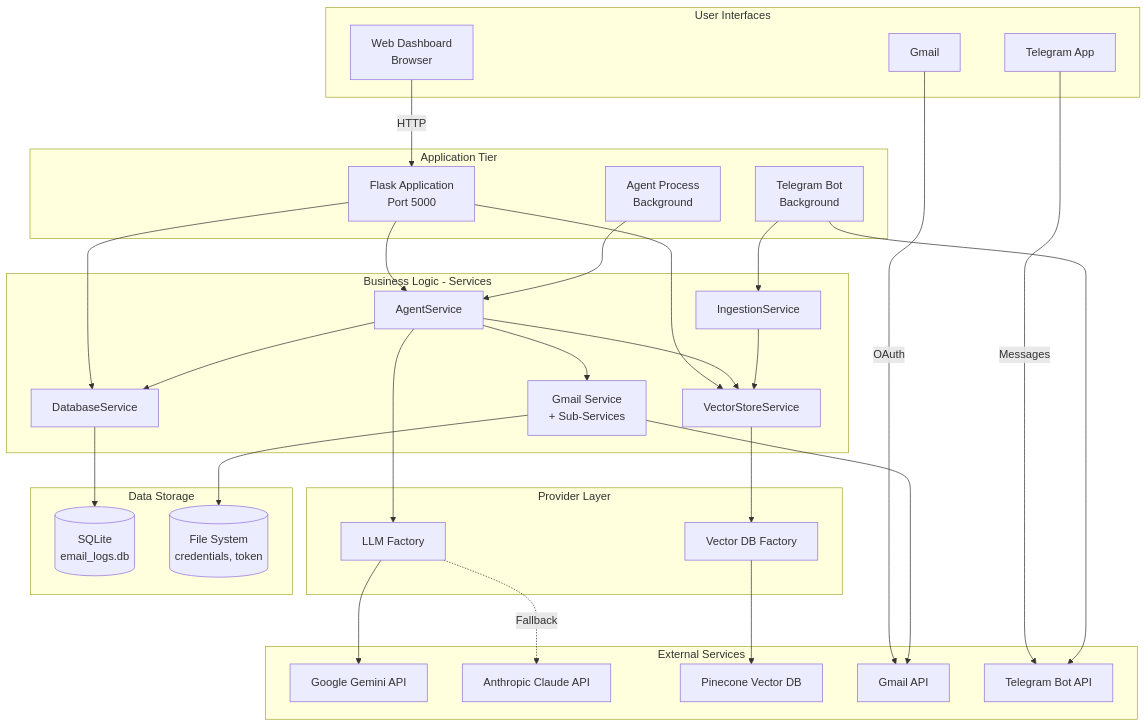
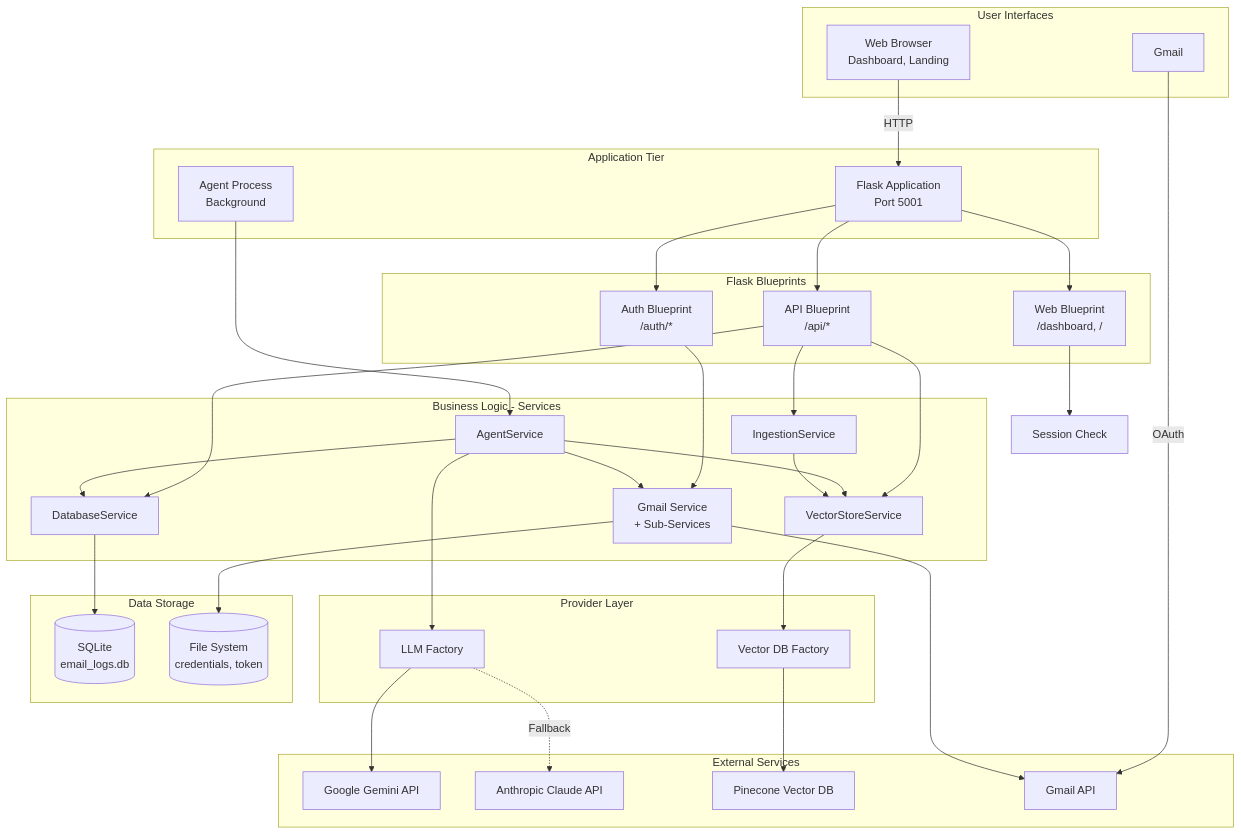
The first of 7 diagrams in docs/architecture/HIGH_LEVEL_DESIGN.md (NayaneshGupte/RAG-Demo), drawn with Mermaid before and after one commit. The commit also changed other lines of this file and 9 other files, not shown here.

````diff
--- a/docs/architecture/HIGH_LEVEL_DESIGN.md
+++ b/docs/architecture/HIGH_LEVEL_DESIGN.md
@@ -9,70 +9,76 @@
 ```mermaid
 graph TB
     subgraph "User Interfaces"
-        Dashboard[Web Dashboard<br/>Browser]
-        TelegramUser[Telegram App]
+        Browser[Web Browser<br/>Dashboard, Landing]
         Gmail[Gmail]
     end
     
     subgraph "Application Tier"
-        FlaskApp[Flask Application<br/>Port 5000]
+        FlaskApp[Flask Application<br/>Port 5001]
         AgentCLI[Agent Process<br/>Background]
-        TelegramBot[Telegram Bot<br/>Background]
+    end
+    
+    subgraph "Flask Blueprints"
+        WebBP[Web Blueprint<br/>/dashboard, /]
+        APIBP[API Blueprint<br/>/api/*]
+        AuthBP[Auth Blueprint<br/>/auth/*]
     end
     
    subgraph "Business Logic - Services"
         AgentSvc[AgentService]
         GmailSvc[Gmail Service<br/>+ Sub-Services]
         VectorSvc[VectorStoreService]
         IngestionSvc[IngestionService]
         DBSvc[DatabaseService]
     end
     
     subgraph "Provider Layer"
         LLMFact[LLM Factory]
         VecFact[Vector DB Factory]
     end
     
     subgraph "External Services"
         GeminiAPI[Google Gemini API]
         ClaudeAPI[Anthropic Claude API]
         PineconeAPI[Pinecone Vector DB]
         GmailAPI[Gmail API]
-        TelegramAPI[Telegram Bot API]
     end
     
     subgraph "Data Storage"
         SQLite[(SQLite<br/>email_logs.db)]
         Files[(File System<br/>credentials, token)]
     end
     
-    Dashboard -->|HTTP| FlaskApp
-    TelegramUser -->|Messages| TelegramAPI
+    Browser -->|HTTP| FlaskApp
     Gmail -->|OAuth| GmailAPI
     
-    FlaskApp --> AgentSvc
-    FlaskApp --> VectorSvc
-    FlaskApp --> DBSvc
+    FlaskApp --> WebBP
+    FlaskApp --> APIBP
+    FlaskApp --> AuthBP
+    
+    WebBP --> AuthSvc[Session Check]
+    APIBP --> IngestionSvc
+    APIBP --> VectorSvc
+    APIBP --> DBSvc
+    AuthBP --> GmailSvc
     
     AgentCLI --> AgentSvc
-    TelegramBot --> IngestionSvc
     
     AgentSvc --> GmailSvc
     AgentSvc --> VectorSvc
     AgentSvc --> LLMFact
     AgentSvc --> DBSvc
     
     IngestionSvc --> VectorSvc
     
     GmailSvc --> GmailAPI
-    TelegramBot --> TelegramAPI
     
     LLMFact --> GeminiAPI
     LLMFact -.->|Fallback| ClaudeAPI
     
     VectorSvc --> VecFact
     VecFact --> PineconeAPI
     
     DBSvc --> SQLite
     GmailSvc --> Files
 ```
````
